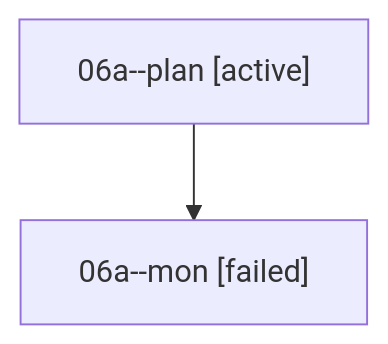
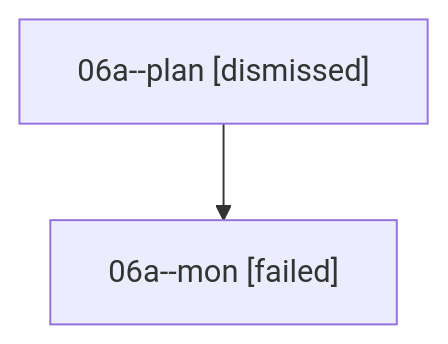
Before and after one commit to sase-org/sase--agents: the diagram in sessions/bbugyi200.athena.06a.md, drawn with Mermaid. The commit also changed other lines of this file and 32 other files, not shown here.

````diff
--- a/sessions/bbugyi200.athena.06a.md
+++ b/sessions/bbugyi200.athena.06a.md
@@ -9,6 +9,6 @@
 ```mermaid
 flowchart TD
-  n0["06a--plan [active]"]
+  n0["06a--plan [dismissed]"]
   n1["06a--mon [failed]"]
   n0 --> n1
 ```
````
